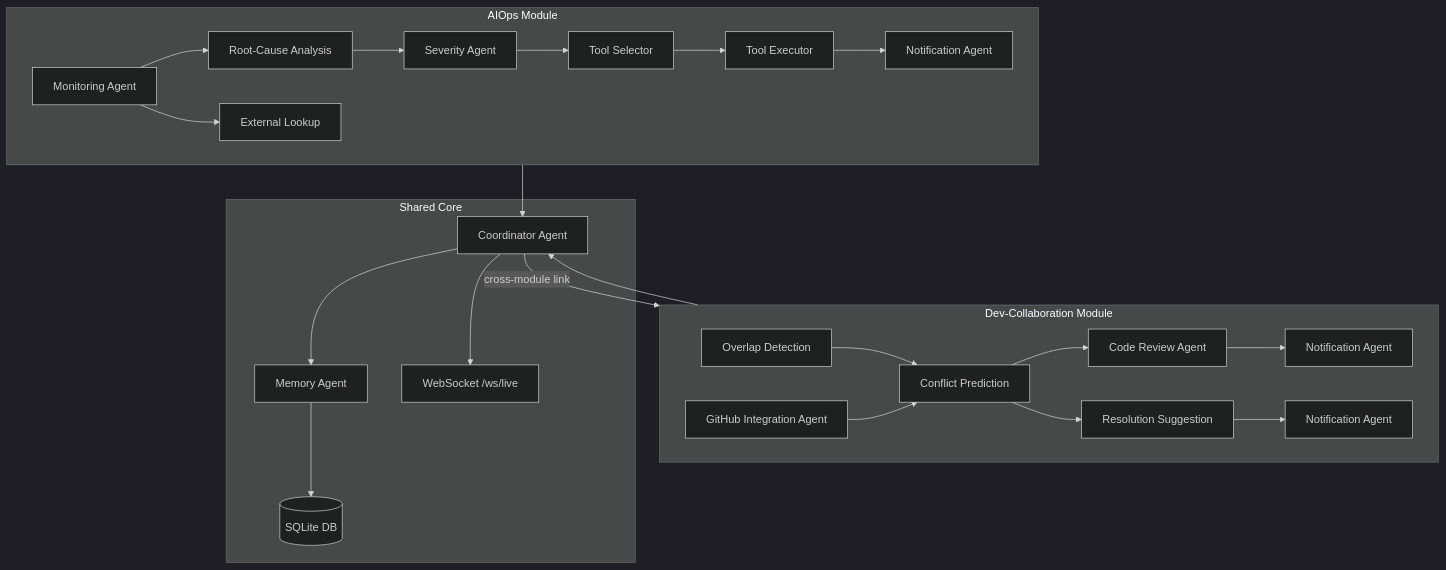
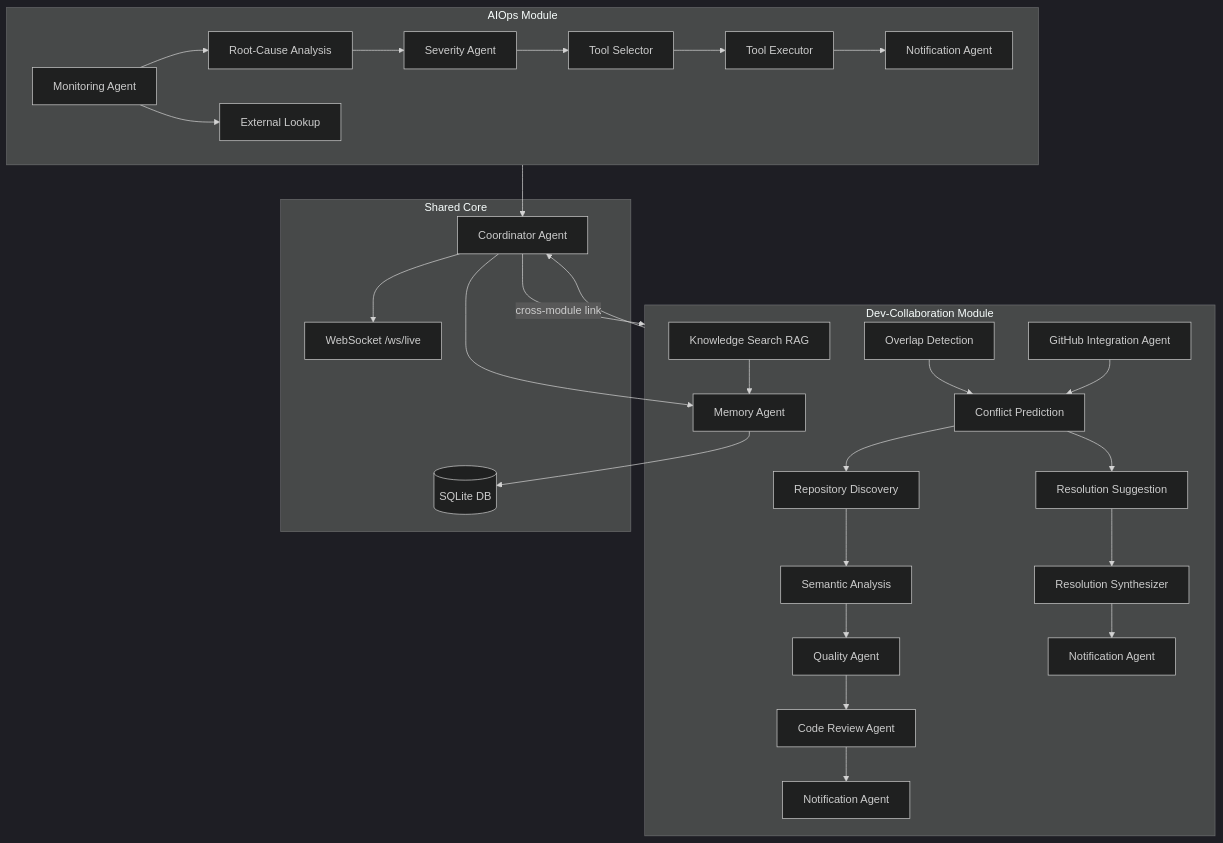
The diagram in README.md (J-Rakshitha/AI-Agent-Coordination-Decision-Engine), drawn with Mermaid (dark theme) before and after one commit. The commit also changed other lines of this file and 37 other files, not shown here.

Commit message:
Enterprise 5-phase intelligence: Discovery, Semantic, Synthesizer, Quality, RAG — 55 tests, docs updated

````diff
--- a/README.md
+++ b/README.md
@@ -36,34 +36,39 @@
 ```mermaid
 flowchart TB
     subgraph DevCollab["Dev-Collaboration Module"]
         OW[Overlap Detection] --> CP[Conflict Prediction]
-        CP --> CR[Code Review Agent]
+        CP --> RD[Repository Discovery]
+        RD --> SA[Semantic Analysis]
+        SA --> QA[Quality Agent]
+        QA --> CR[Code Review Agent]
         CR --> NA1[Notification Agent]
         CP --> RS[Resolution Suggestion]
-        RS --> NA2[Notification Agent]
+        RS --> SYN[Resolution Synthesizer]
+        SYN --> NA2[Notification Agent]
         GH[GitHub Integration Agent] --> CP
+        KS[Knowledge Search RAG] --> ME
     end
 
     subgraph AIOps["AIOps Module"]
         MO[Monitoring Agent] --> RC[Root-Cause Analysis]
         RC --> SE[Severity Agent]
         SE --> TS[Tool Selector]
         TS --> TE[Tool Executor]
         TE --> NA3[Notification Agent]
         MO --> EL[External Lookup]
     end
 
     subgraph Core["Shared Core"]
         CO[Coordinator Agent]
         ME[Memory Agent]
         DB[(SQLite DB)]
         WS[WebSocket /ws/live]
     end
 
     DevCollab --> CO
     AIOps --> CO
     CO --> ME
     ME --> DB
     CO --> WS
     CO -->|cross-module link| DevCollab
 ```
````
